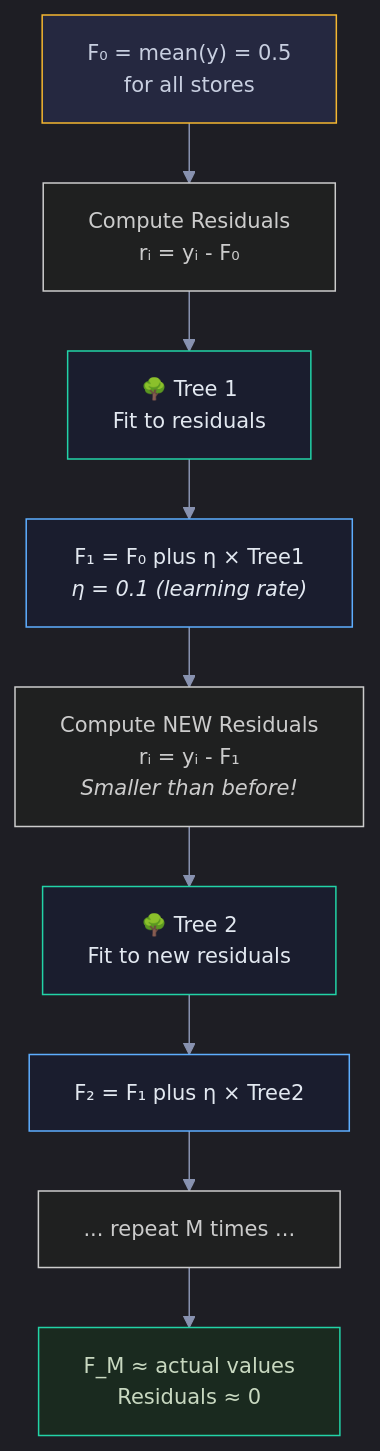
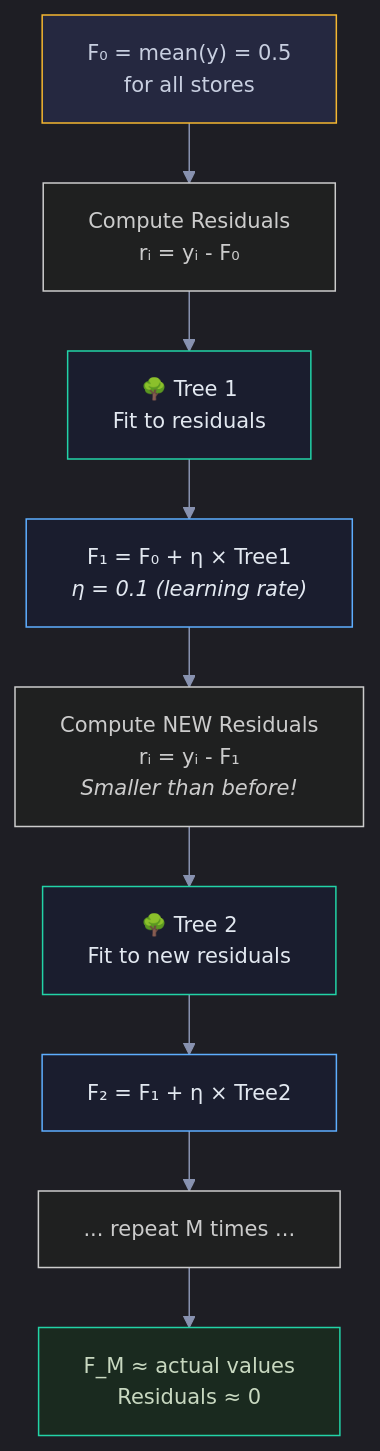
One commit to snehith1234/StudyCircle changed diagram 18 of 28 in Documents/Visual_Guides/ML_Concepts/Bagging_and_Boosting_Visual.md. Above: the diagram before and after it, drawn with Mermaid. The commit also changed other lines of this file and 10 other files, not shown here.

First line of the commit message:
Fix Mermaid formatting and add RNN/LSTM guides

````diff
--- a/Documents/Visual_Guides/ML_Concepts/Bagging_and_Boosting_Visual.md
+++ b/Documents/Visual_Guides/ML_Concepts/Bagging_and_Boosting_Visual.md
@@ -559,19 +559,19 @@
 ```mermaid
 %%{init: {'theme': 'dark', 'themeVariables': {'darkMode': true, 'background': '#0e1117', 'primaryColor': '#1a1d2e', 'primaryTextColor': '#e2e8f0', 'primaryBorderColor': '#2d3148', 'lineColor': '#8892b0', 'secondaryColor': '#252840', 'tertiaryColor': '#1a1d2e', 'fontSize': '14px', 'edgeLabelBackground': '#0e1117'}, 'flowchart': {'nodeSpacing': 30, 'rankSpacing': 40, 'padding': 15, 'htmlLabels': true}}}%%
 graph TD
     INIT["F₀ = mean(y) = 0.5<br/>for all stores"] --> RES1["Compute Residuals<br/>rᵢ = yᵢ - F₀"]
     RES1 --> TREE1["🌳 Tree 1<br/>Fit to residuals"]
-    TREE1 --> UPDATE1["F₁ = F₀ plus η × Tree1<br/><i>η = 0.1 (learning rate)</i>"]
+    TREE1 --> UPDATE1["F₁ = F₀ + η × Tree1<br/><i>η = 0.1 (learning rate)</i>"]
     UPDATE1 --> RES2["Compute NEW Residuals<br/>rᵢ = yᵢ - F₁<br/><i>Smaller than before!</i>"]
     RES2 --> TREE2["🌳 Tree 2<br/>Fit to new residuals"]
-    TREE2 --> UPDATE2["F₂ = F₁ plus η × Tree2"]
+    TREE2 --> UPDATE2["F₂ = F₁ + η × Tree2"]
     UPDATE2 --> DOTS["... repeat M times ..."]
     DOTS --> FINAL["F_M ≈ actual values<br/>Residuals ≈ 0"]
 
     style INIT fill:#252840,stroke:#f5b731,color:#c8cfe0
     style TREE1 fill:#1a1d2e,stroke:#22d3a7,color:#e2e8f0
     style TREE2 fill:#1a1d2e,stroke:#22d3a7,color:#e2e8f0
     style UPDATE1 fill:#1a1d2e,stroke:#5eaeff,color:#e2e8f0
     style UPDATE2 fill:#1a1d2e,stroke:#5eaeff,color:#e2e8f0
     style FINAL fill:#1a2a1f,stroke:#22d3a7,color:#c8d8c0
 ```
````
